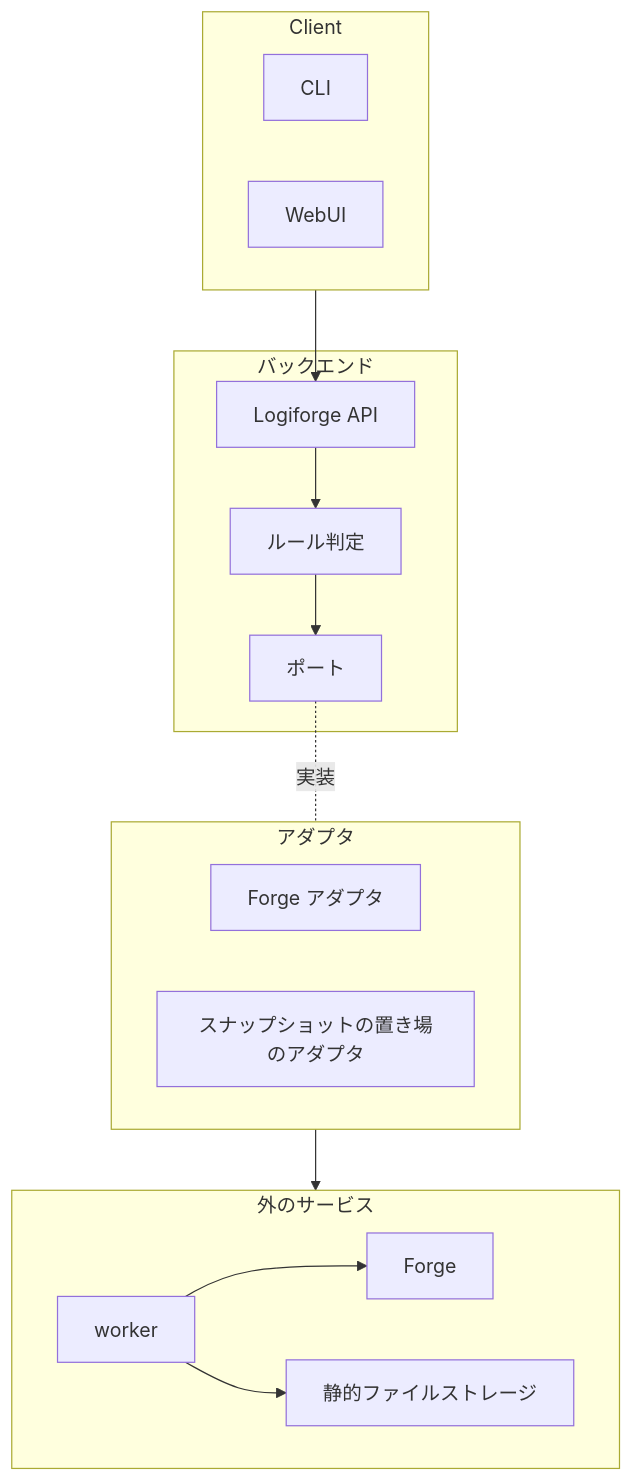
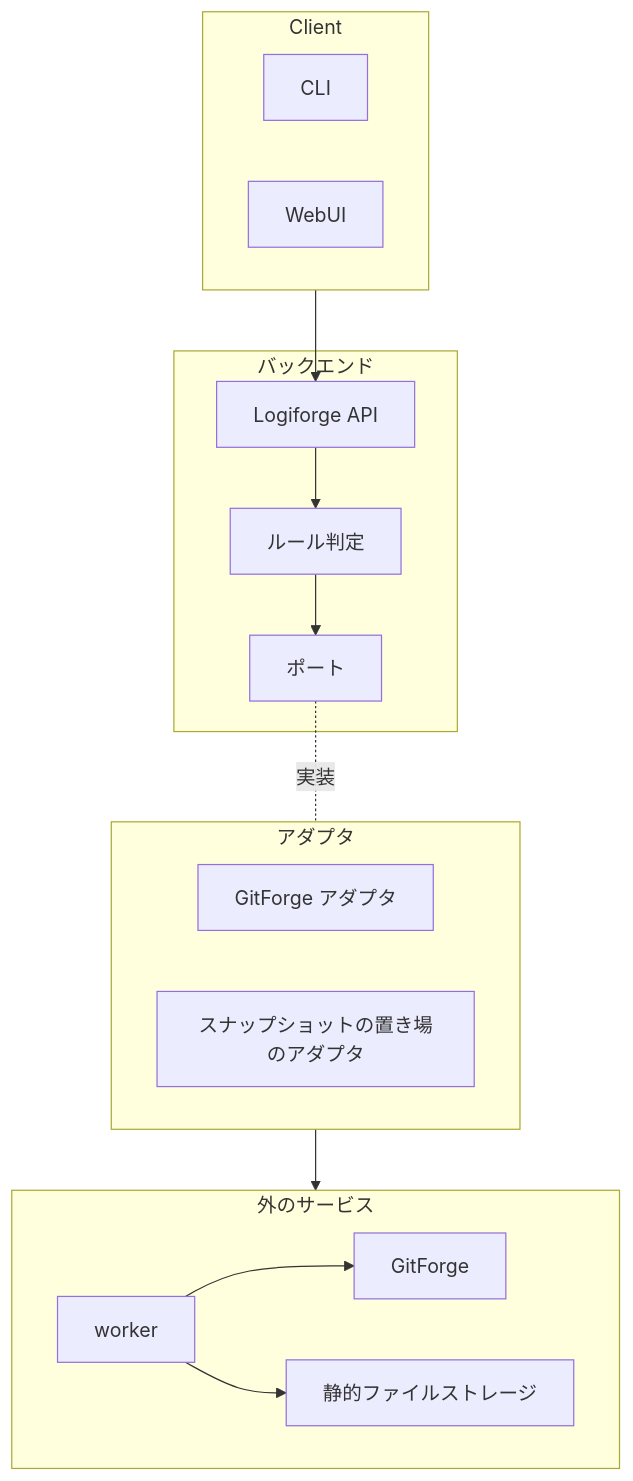
One commit to yamambainc/logiforge changed the diagram in design/architecture.md. Above: the diagram before and after it, drawn with Mermaid. The commit also changed other lines of this file and 35 other files, not shown here.

First line of the commit message:
design, docs: 抽象化した呼び名を Forge から GitForge にした

````diff
--- a/design/architecture.md
+++ b/design/architecture.md
@@ -8,28 +8,28 @@
 ```mermaid
 flowchart TB
   subgraph CL["Client"]
     CLI["CLI"]
     WEB["WebUI"]
   end
   subgraph BE["バックエンド"]
     API["Logiforge API"]
     RULE["ルール判定"]
     PT["ポート"]
   end
   subgraph AD["アダプタ"]
-    FA["Forge アダプタ"]
+    FA["GitForge アダプタ"]
     SSA["スナップショットの置き場のアダプタ"]
   end
   subgraph EX["外のサービス"]
     W["worker"]
-    FG["Forge"]
+    FG["GitForge"]
     OBJ["静的ファイルストレージ"]
   end
   CL --> API
   API --> RULE
   RULE --> PT
   PT -.-|実装| AD
   AD --> EX
   W --> FG
   W --> OBJ
 ```
````
